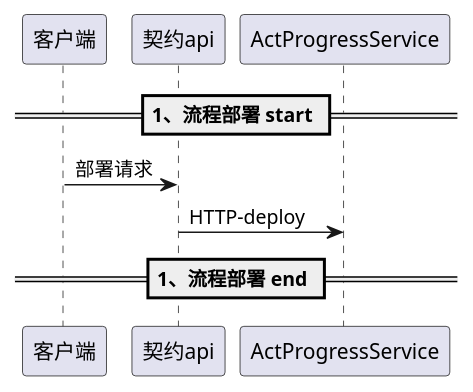
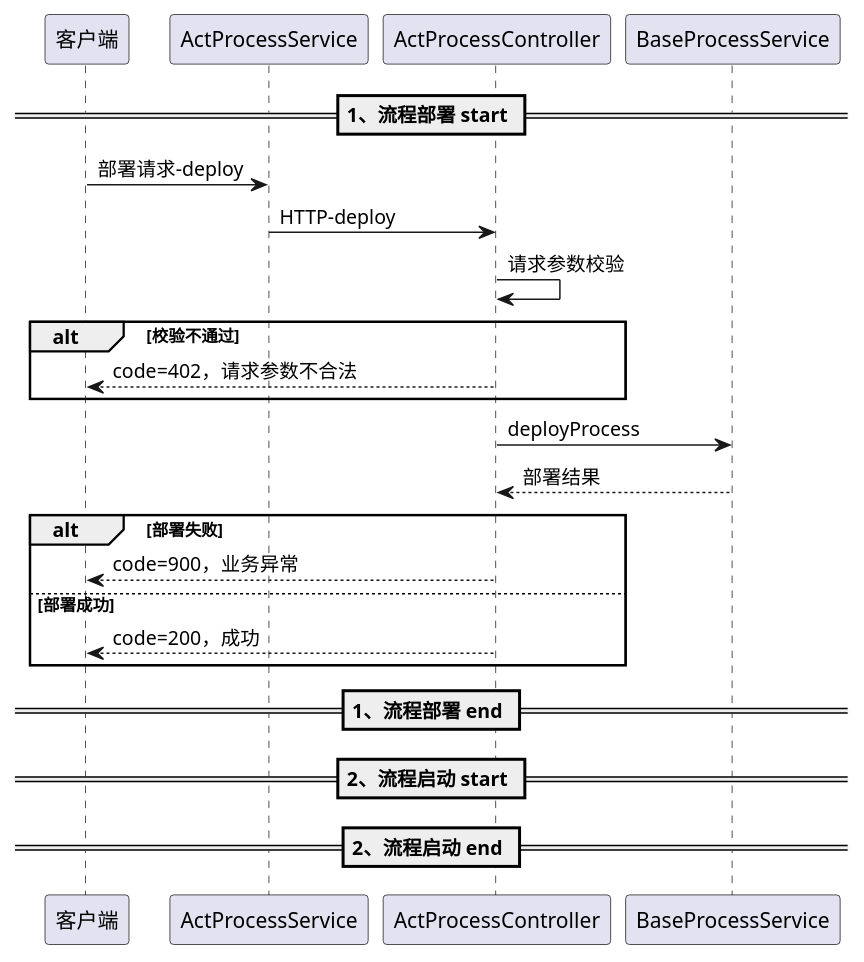
One commit to cmgun/spring-activiti changed the diagram in docs/系统交互流程.puml. Above: the diagram before and after it, drawn with PlantUML. The commit also changed 15 other files, not shown here.

```diff
--- a/docs/系统交互流程.puml
+++ b/docs/系统交互流程.puml
@@ -1,6 +1,20 @@
 @startuml
 == 1、流程部署 start ==
-客户端 -> 契约api : 部署请求
-契约api -> ActProgressService : HTTP-deploy
+客户端 -> ActProcessService : 部署请求-deploy
+ActProcessService ->  ActProcessController: HTTP-deploy
+ActProcessController -> ActProcessController : 请求参数校验
+alt 校验不通过
+    客户端 <-- ActProcessController : code=402，请求参数不合法
+end alt
+ActProcessController -> BaseProcessService : deployProcess
+ActProcessController <-- BaseProcessService : 部署结果
+alt 部署失败
+    客户端 <-- ActProcessController : code=900，业务异常
+else 部署成功
+    客户端 <-- ActProcessController : code=200，成功
+end alt
 == 1、流程部署 end ==
+
+== 2、流程启动 start ==
+== 2、流程启动 end ==
 @enduml
```
